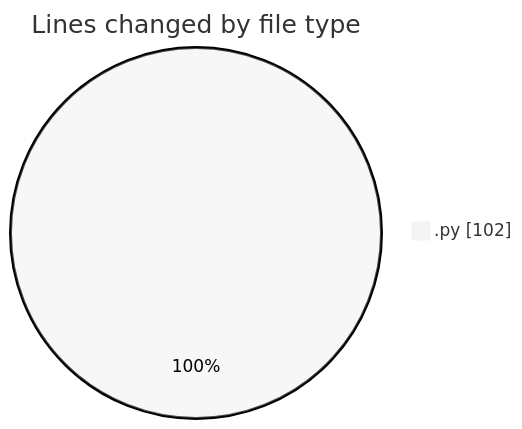
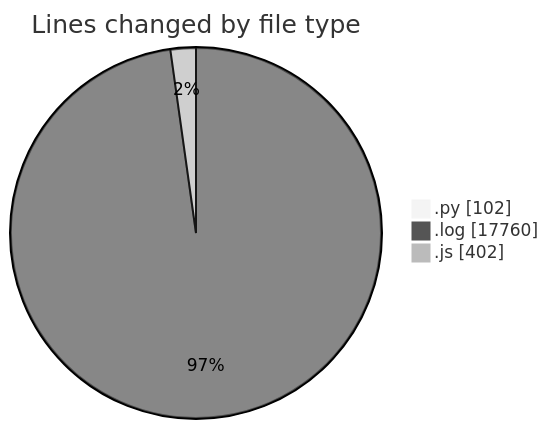
Before and after one commit to nxtqubesakshisongat/code-tracking: the first of 2 diagrams in 2025-04-11/nxtqube_webapp/README.md, drawn with Mermaid (neutral theme). The commit also changed other lines of this file and 1 other file, not shown here.

````diff
--- a/2025-04-11/nxtqube_webapp/README.md
+++ b/2025-04-11/nxtqube_webapp/README.md
@@ -20,5 +22,7 @@
 ```mermaid
 pie showData
 title Lines changed by file type
 ".py" : 102
+".log" : 17760
+".js" : 402
 ```
````
